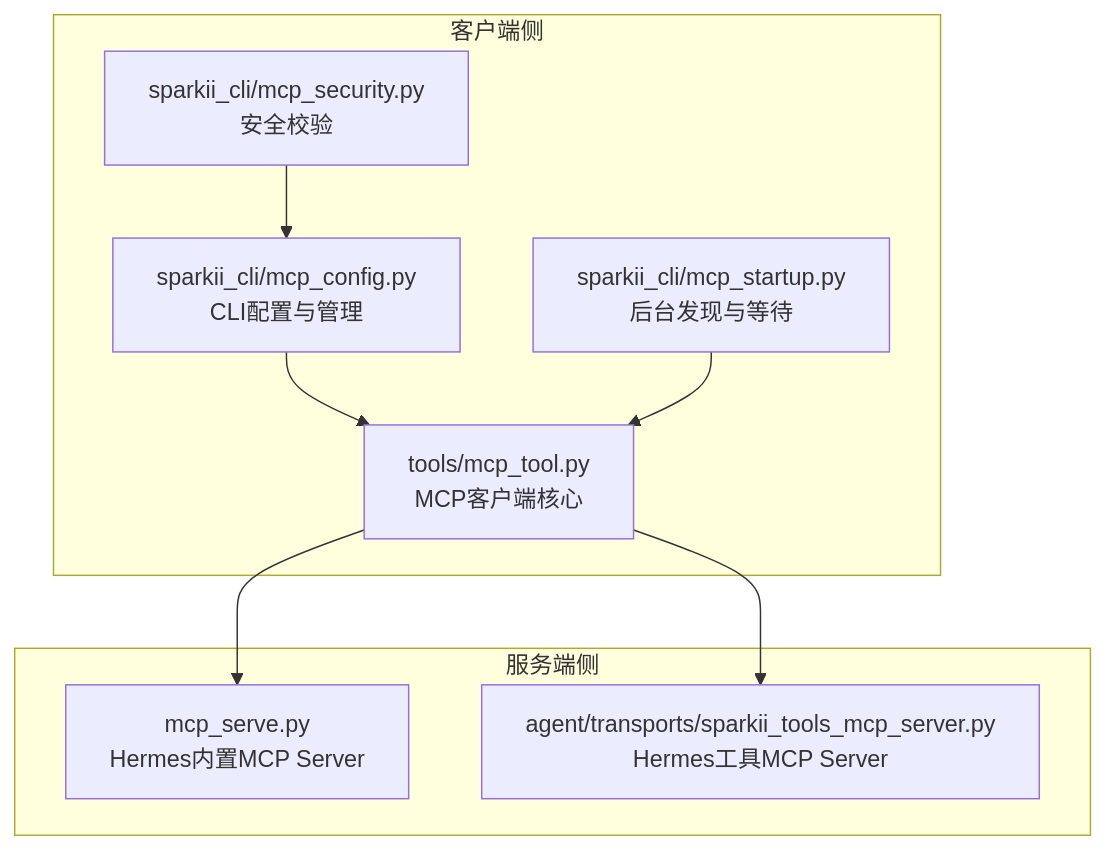
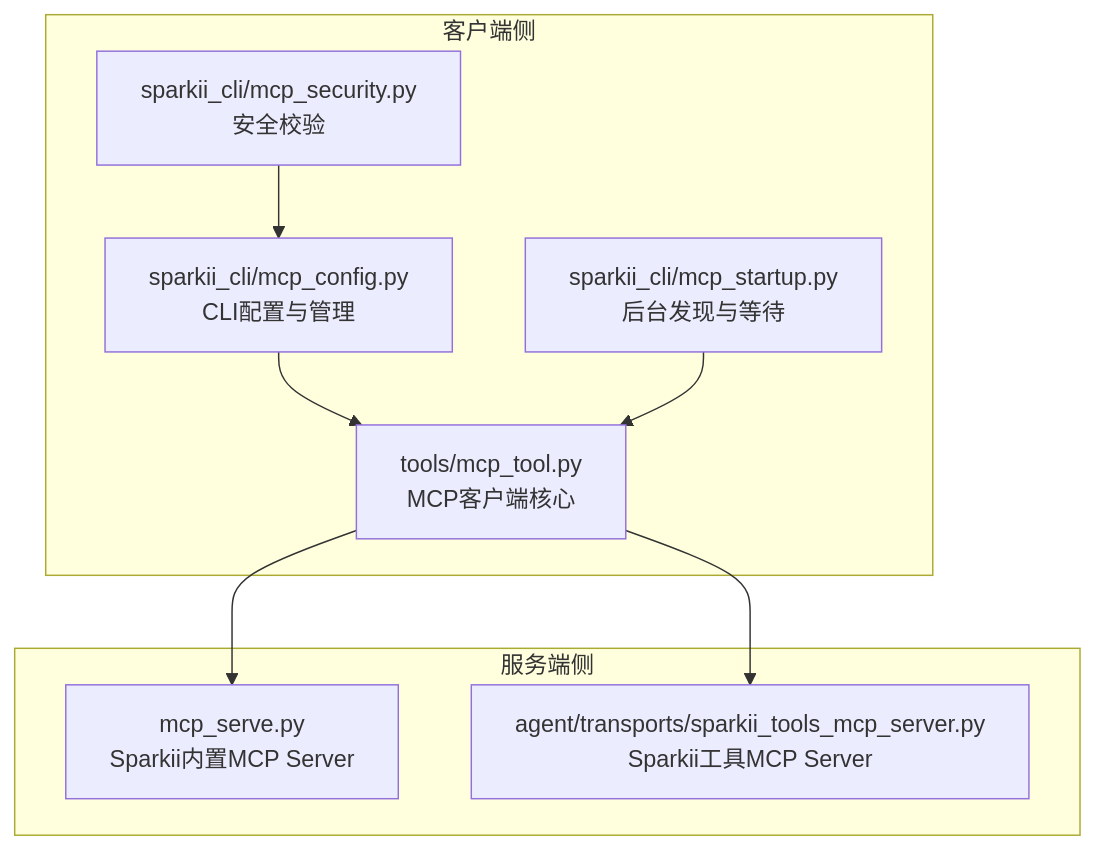
One commit to YueDJ/SpaikiiDesktop changed the first of 7 diagrams in .qoder/repowiki/zh/content/开发者指南/API参考文档/MCP协议/MCP协议概述.md. Above: the diagram before and after it, drawn with Mermaid. The commit also changed other lines of this file and 299 other files, not shown here.

````diff
--- a/.qoder/repowiki/zh/content/开发者指南/API参考文档/MCP协议/MCP协议概述.md
+++ b/.qoder/repowiki/zh/content/开发者指南/API参考文档/MCP协议/MCP协议概述.md
@@ -47,18 +47,18 @@
 ```mermaid
 graph TB
 subgraph "客户端侧"
 A["tools/mcp_tool.py<br/>MCP客户端核心"]
 B["sparkii_cli/mcp_config.py<br/>CLI配置与管理"]
 C["sparkii_cli/mcp_startup.py<br/>后台发现与等待"]
 D["sparkii_cli/mcp_security.py<br/>安全校验"]
 end
 subgraph "服务端侧"
-E["mcp_serve.py<br/>Hermes内置MCP Server"]
-F["agent/transports/sparkii_tools_mcp_server.py<br/>Hermes工具MCP Server"]
+E["mcp_serve.py<br/>Sparkii内置MCP Server"]
+F["agent/transports/sparkii_tools_mcp_server.py<br/>Sparkii工具MCP Server"]
 end
 B --> A
 C --> A
 D --> B
 A --> E
 A --> F
 ```
````
